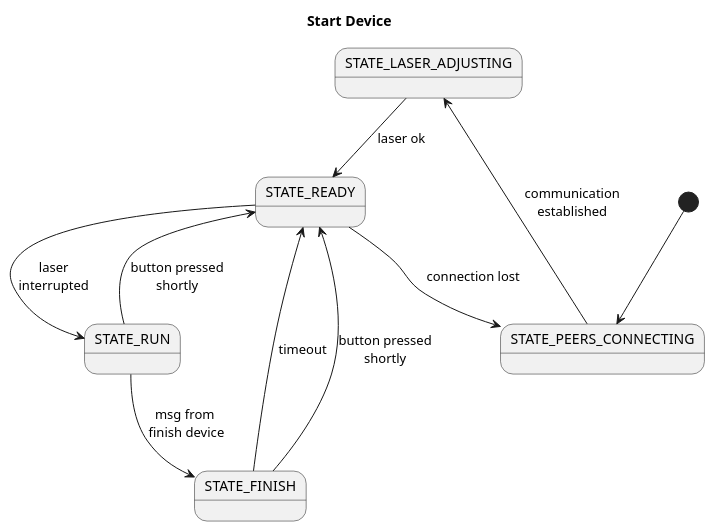
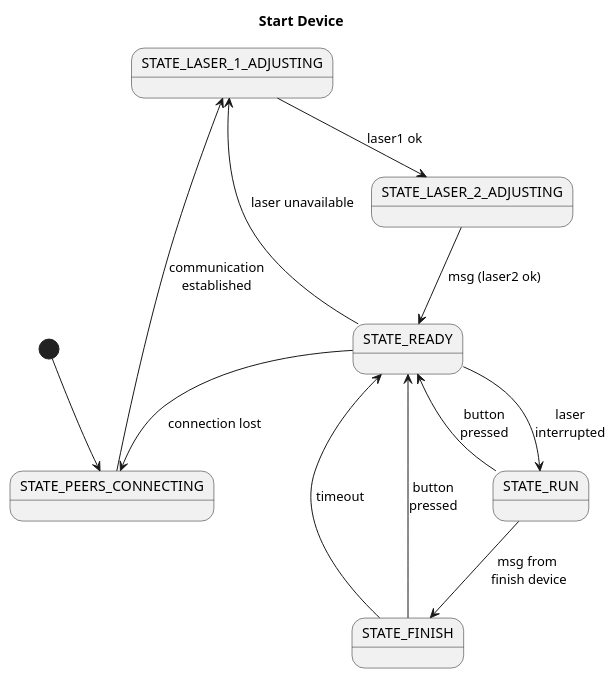
Before and after one commit to bardolf/fatrug: the diagram in doc/uml/state_diagram_start.plantuml, drawn with PlantUML. The commit also changed 4 other files, not shown here.

```diff
--- a/doc/uml/state_diagram_start.plantuml
+++ b/doc/uml/state_diagram_start.plantuml
@@ -1,21 +1,24 @@
 @startuml
 
 title Start Device
 
-state "STATE_LASER_ADJUSTING" as laser
+state "STATE_LASER_1_ADJUSTING" as laser
+state "STATE_LASER_2_ADJUSTING" as laser2
 state "STATE_PEERS_CONNECTING" as connection
 state "STATE_READY" as ready
 state "STATE_RUN" as run
 state "STATE_FINISH" as finish
 
 [*] --> connection
 connection --> laser : communication\nestablished
-laser --> ready : laser ok
+laser --> laser2 : laser1 ok
+laser2 --> ready : msg (laser2 ok)
+ready --> laser: laser unavailable
 ready --> run : laser\ninterrupted
 ready --> connection : connection lost
 run --> finish : msg from \nfinish device
-run --> ready : button pressed\nshortly
+run --> ready : button\npressed
 finish --> ready : timeout
-finish --> ready : button pressed\nshortly
+finish --> ready : button\npressed
 
 @enduml
```
